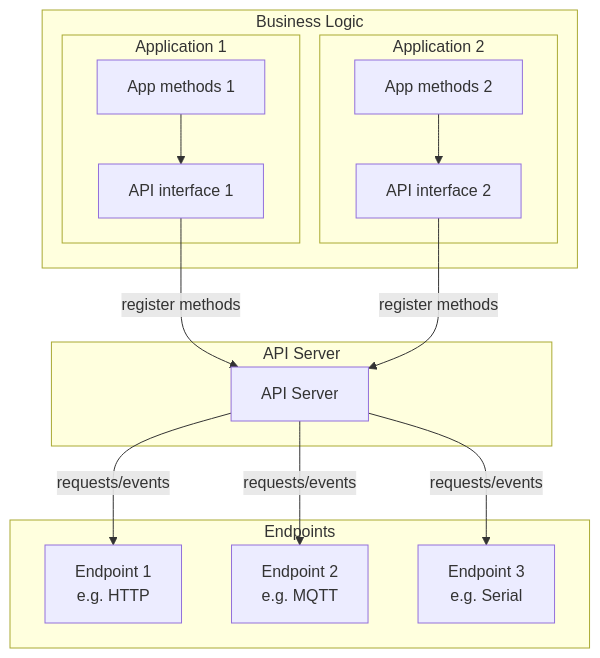
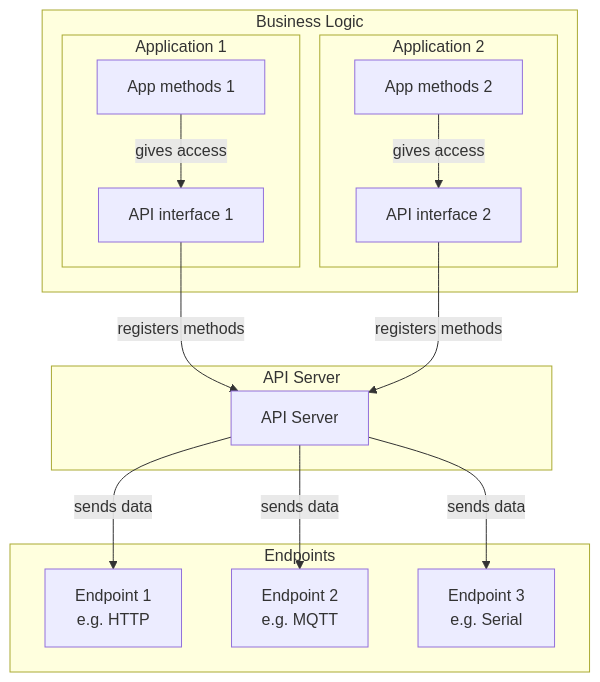
The first of 2 diagrams in lib/APIServer/README.md (pierrejay/esp32-wifi-api-dev), drawn with Mermaid before and after one commit.

Commit message:
Update APIServer docs

````diff
--- a/lib/APIServer/README.md
+++ b/lib/APIServer/README.md
@@ -45,42 +45,42 @@
 ```mermaid
 graph TB
     subgraph "Business Logic"
         subgraph "Application 1"
             BL1[App methods 1]
             API1[API interface 1]
         end
 
         subgraph "Application 2"
             BL2[App methods 2]
             API2[API interface 2]
         end
     end
 
     subgraph "API Server"
         AS[API Server]
     end
 
     subgraph "Endpoints"
         EP1[Endpoint 1<br>e.g. HTTP]
         EP2[Endpoint 2<br>e.g. MQTT]
         EP3[Endpoint 3<br>e.g. Serial]
     end
 
     %% Connexions Application 1
-    BL1 --> API1
-    API1 --> |register methods| AS
+    BL1 --> |gives access| API1
+    API1 --> |registers methods| AS
 
     %% Connexions Application 2
-    BL2 --> API2
-    API2 --> |register methods| AS
+    BL2 --> |gives access| API2
+    API2 --> |registers methods| AS
 
     %% Connexions API Server vers Endpoints
-    AS --> |requests/events| EP1
-    AS --> |requests/events| EP2
-    AS --> |requests/events| EP3
+    AS --> |sends data| EP1
+    AS --> |sends data| EP2
+    AS --> |sends data| EP3
 
     class BL1,BL2 businessLogic
     class API1,API2 apiInterface
     class EP1,EP2,EP3 endpoint
     class AS server
 ```
````
